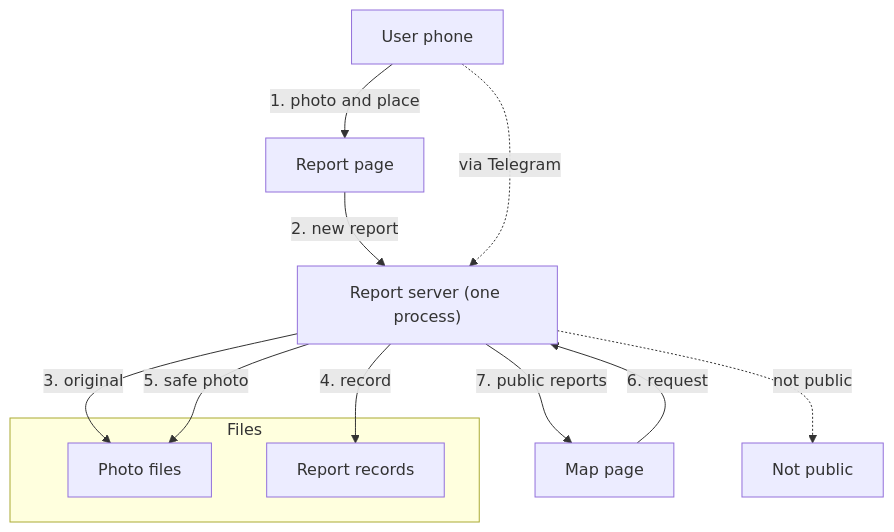
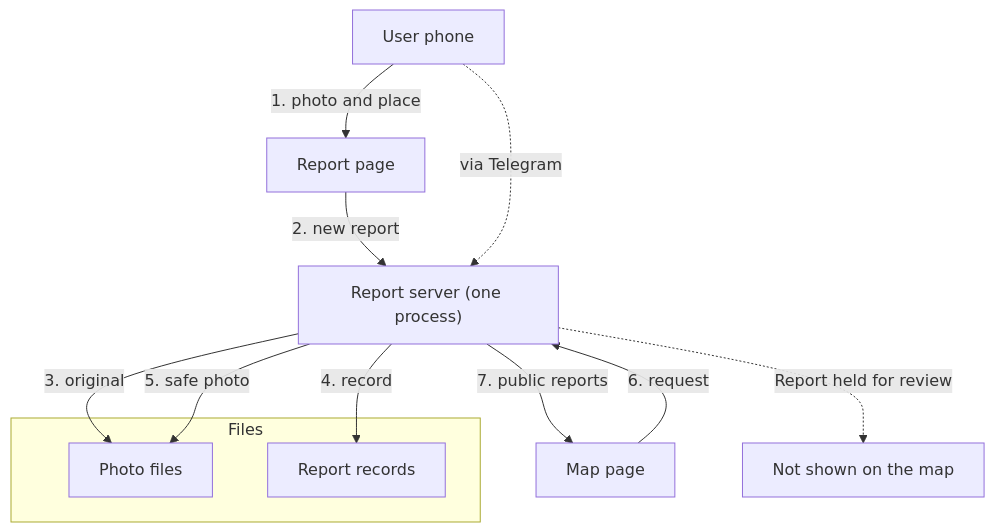
Before and after one commit to skad0/skills: the diagram in skills/plain-explain/examples/out/street-reports-report-flow.engineer-new.md, drawn with Mermaid. The commit also changed other lines of this file and 14 other files, not shown here.

````diff
--- a/skills/plain-explain/examples/out/street-reports-report-flow.engineer-new.md
+++ b/skills/plain-explain/examples/out/street-reports-report-flow.engineer-new.md
@@ -5,21 +5,21 @@
 ```mermaid
 flowchart TB
   phone["User phone"]
   page["Report page"]
   server["Report server (one process)"]
   subgraph g_Files["Files"]
     photos["Photo files"]
     database["Report records"]
   end
   map["Map page"]
-  held["Not public"]
+  held["Not shown on the map"]
   phone -->|"1. photo and place"| page
   page -->|"2. new report"| server
   server -->|"3. original"| photos
   server -->|"4. record"| database
   server -->|"5. safe photo"| photos
   map -->|"6. request"| server
   server -->|"7. public reports"| map
-  server -.->|"not public"| held
+  server -.->|"Report held for review"| held
   phone -.->|"via Telegram"| server
 ```
````
